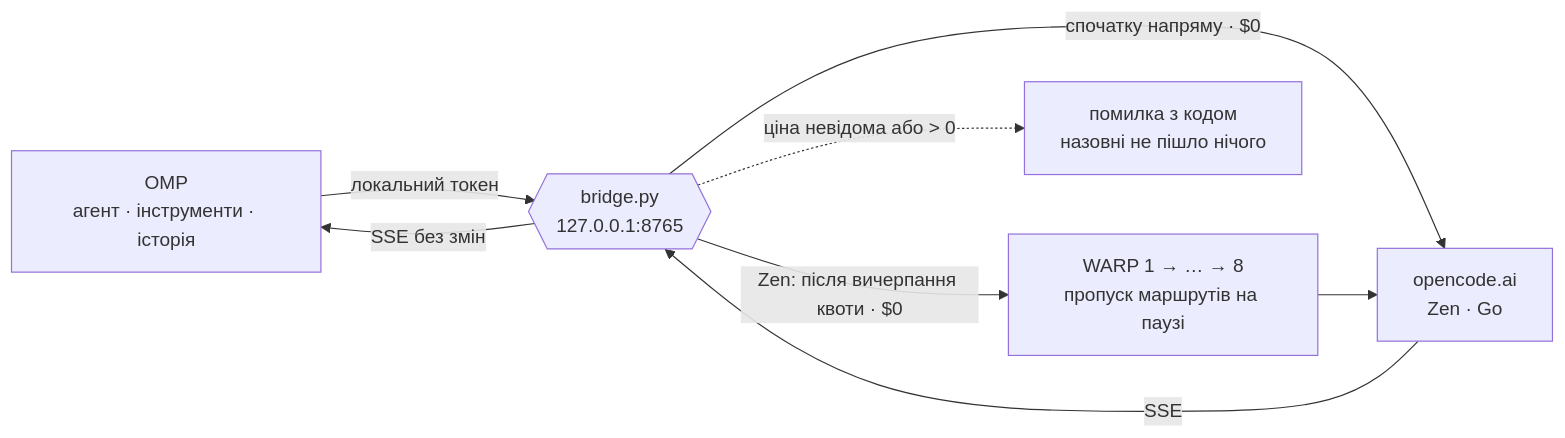
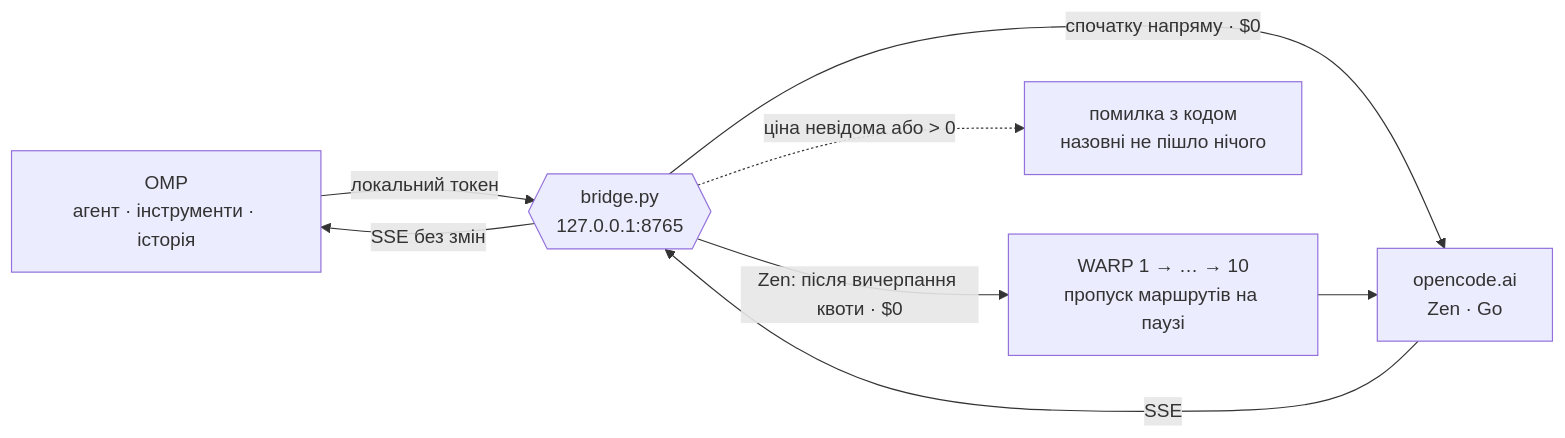
The diagram in README.md (bramms/omp-bridge), drawn with Mermaid before and after one commit. The commit also changed other lines of this file and 6 other files, not shown here.

````diff
--- a/README.md
+++ b/README.md
@@ -35,13 +35,13 @@
 ```mermaid
 flowchart LR
   omp["OMP<br/>агент · інструменти · історія"]
   bridge{{"bridge.py<br/>127.0.0.1:8765"}}
-  warp["WARP 1 → … → 8<br/>пропуск маршрутів на паузі"]
+  warp["WARP 1 → … → 10<br/>пропуск маршрутів на паузі"]
   oc["opencode.ai<br/>Zen · Go"]
   no["помилка з кодом<br/>назовні не пішло нічого"]
   omp -- "локальний токен" --> bridge
   bridge -- "спочатку напряму · $0" --> oc
   bridge -- "Zen: після вичерпання квоти · $0" --> warp --> oc
   bridge -. "ціна невідома або > 0" .-> no
   oc -- "SSE" --> bridge -- "SSE без змін" --> omp
 ```
````
